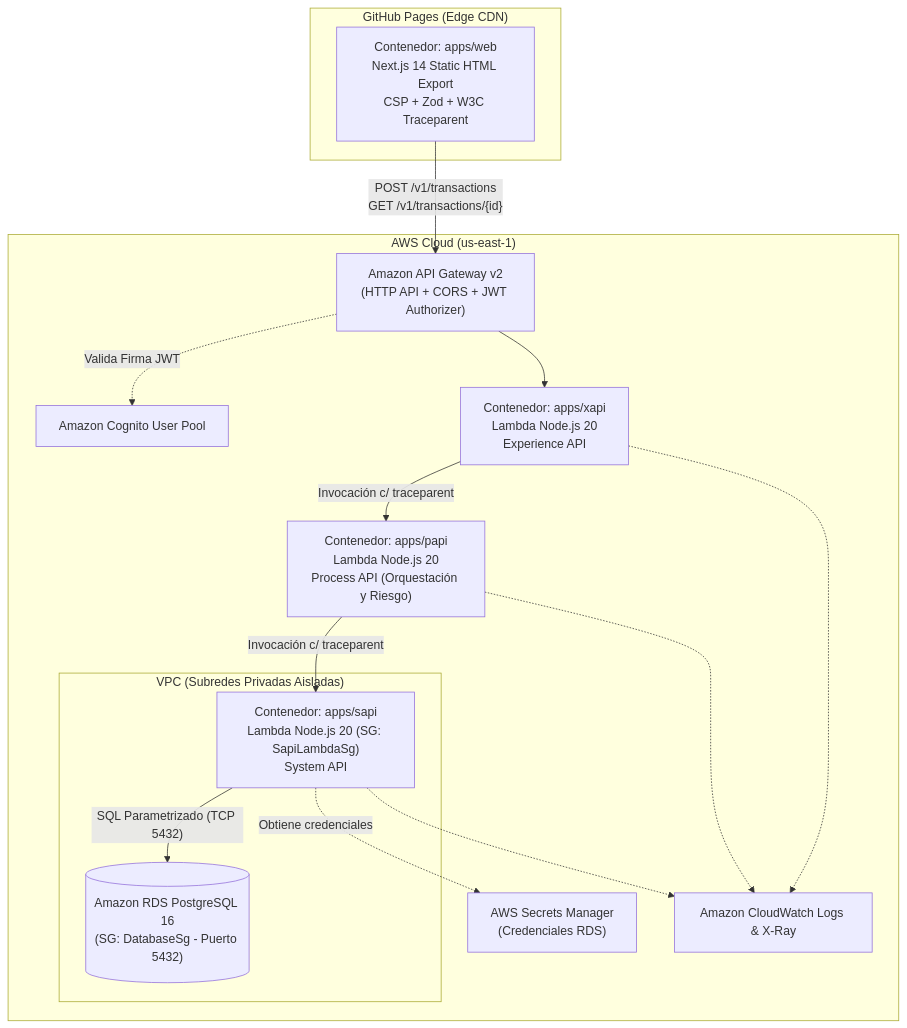
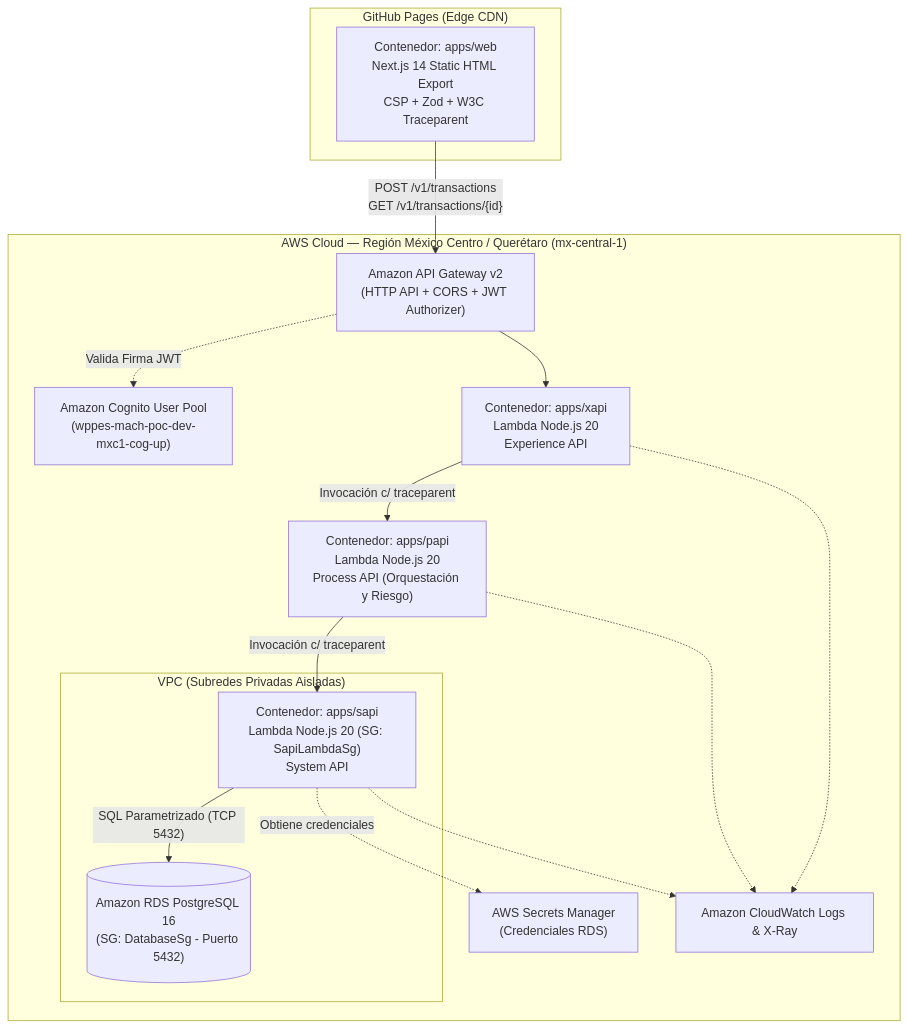
One commit to leninmeza-vml/aws-mach-architecture-poc changed the second of 2 diagrams in docs/ARCHITECTURE.md. Above: the diagram before and after it, drawn with Mermaid. The commit also changed 14 other files, not shown here.

Commit message:
feat(mxc1): migrate entire MACH PoC stack and UI to Mexico Central (Queretaro mx-central-1) and preserve AWS Free Tier

````diff
--- a/docs/ARCHITECTURE.md
+++ b/docs/ARCHITECTURE.md
@@ -25,32 +25,32 @@
 ```mermaid
 flowchart TB
     subgraph External["GitHub Pages (Edge CDN)"]
         SPA["Contenedor: apps/web\nNext.js 14 Static HTML Export\nCSP + Zod + W3C Traceparent"]
     end
 
-    subgraph AWS["AWS Cloud (us-east-1)"]
-        COGNITO["Amazon Cognito User Pool"]
+    subgraph AWS["AWS Cloud — Región México Centro / Querétaro (mx-central-1)"]
+        COGNITO["Amazon Cognito User Pool\n(wppes-mach-poc-dev-mxc1-cog-up)"]
         APIGW["Amazon API Gateway v2\n(HTTP API + CORS + JWT Authorizer)"]
         XAPI["Contenedor: apps/xapi\nLambda Node.js 20\nExperience API"]
         PAPI["Contenedor: apps/papi\nLambda Node.js 20\nProcess API (Orquestación y Riesgo)"]
 
         subgraph VPC["VPC (Subredes Privadas Aisladas)"]
             SAPI["Contenedor: apps/sapi\nLambda Node.js 20 (SG: SapiLambdaSg)\nSystem API"]
             RDS[("Amazon RDS PostgreSQL 16\n(SG: DatabaseSg - Puerto 5432)")]
         end
 
         SECRETS["AWS Secrets Manager\n(Credenciales RDS)"]
         CW["Amazon CloudWatch Logs & X-Ray"]
     end
 
     SPA -- "POST /v1/transactions\nGET /v1/transactions/{id}" --> APIGW
     APIGW -. "Valida Firma JWT" .-> COGNITO
     APIGW --> XAPI
     XAPI -- "Invocación c/ traceparent" --> PAPI
     PAPI -- "Invocación c/ traceparent" --> SAPI
     SAPI -- "SQL Parametrizado (TCP 5432)" --> RDS
     SAPI -. "Obtiene credenciales" .-> SECRETS
     XAPI -.-> CW
     PAPI -.-> CW
     SAPI -.-> CW
 ```
````
